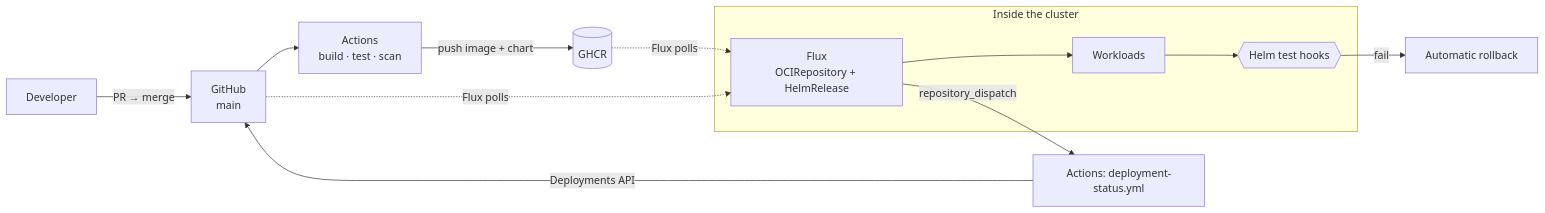
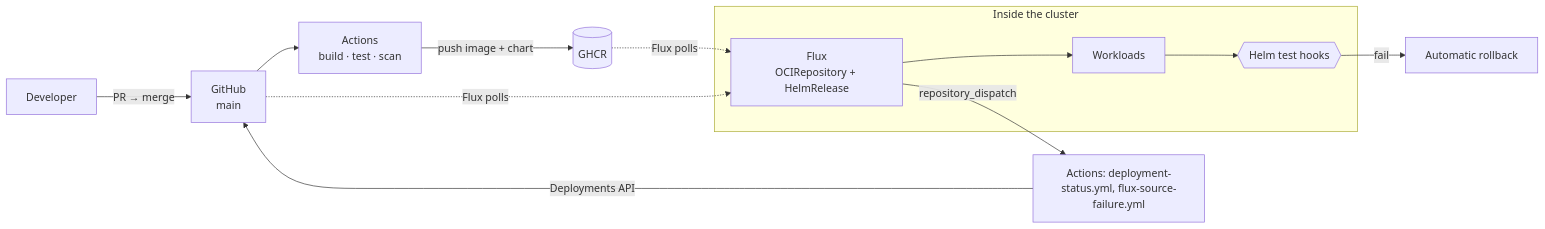
Before and after one commit to enorm-labs/event-junkie: the third of 3 diagrams in docs/ops/PLATFORM_SETUP.md, drawn with Mermaid. The commit also changed other lines of this file and 10 other files, not shown here.

````diff
--- a/docs/ops/PLATFORM_SETUP.md
+++ b/docs/ops/PLATFORM_SETUP.md
@@ -143,20 +143,20 @@
 ```mermaid
 flowchart LR
     dev["Developer"] -->|"PR → merge"| gh["GitHub<br/>main"]
     gh --> ci["Actions<br/>build · test · scan"]
     ci -->|"push image + chart"| ghcr[("GHCR")]
 
     subgraph cluster["Inside the cluster"]
         flux["Flux<br/>OCIRepository + HelmRelease"]
         rel["Workloads"]
         test{{"Helm test hooks"}}
     end
 
     ghcr -.->|"Flux polls"| flux
     gh -.->|"Flux polls"| flux
     flux --> rel
     rel --> test
     test -->|"fail"| rb["Automatic rollback"]
-    flux -->|"repository_dispatch"| gha["Actions: deployment-status.yml"]
+    flux -->|"repository_dispatch"| gha["Actions: deployment-status.yml, flux-source-failure.yml"]
     gha -->|"Deployments API"| gh
 ```
````
